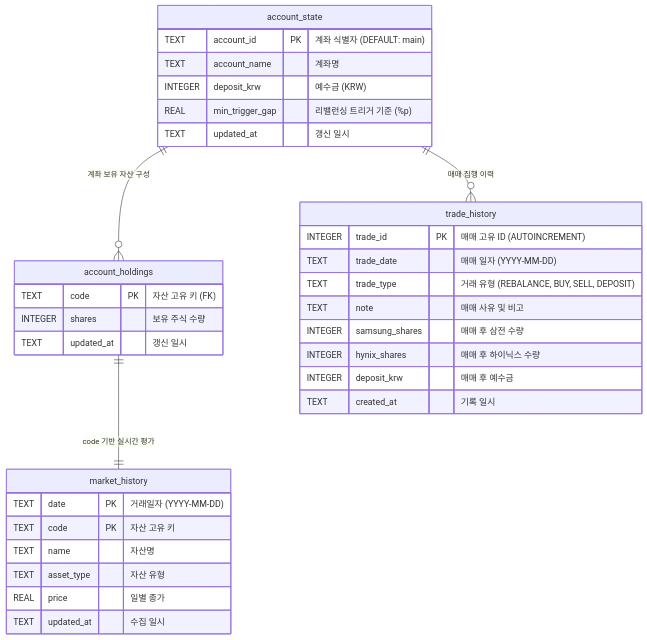
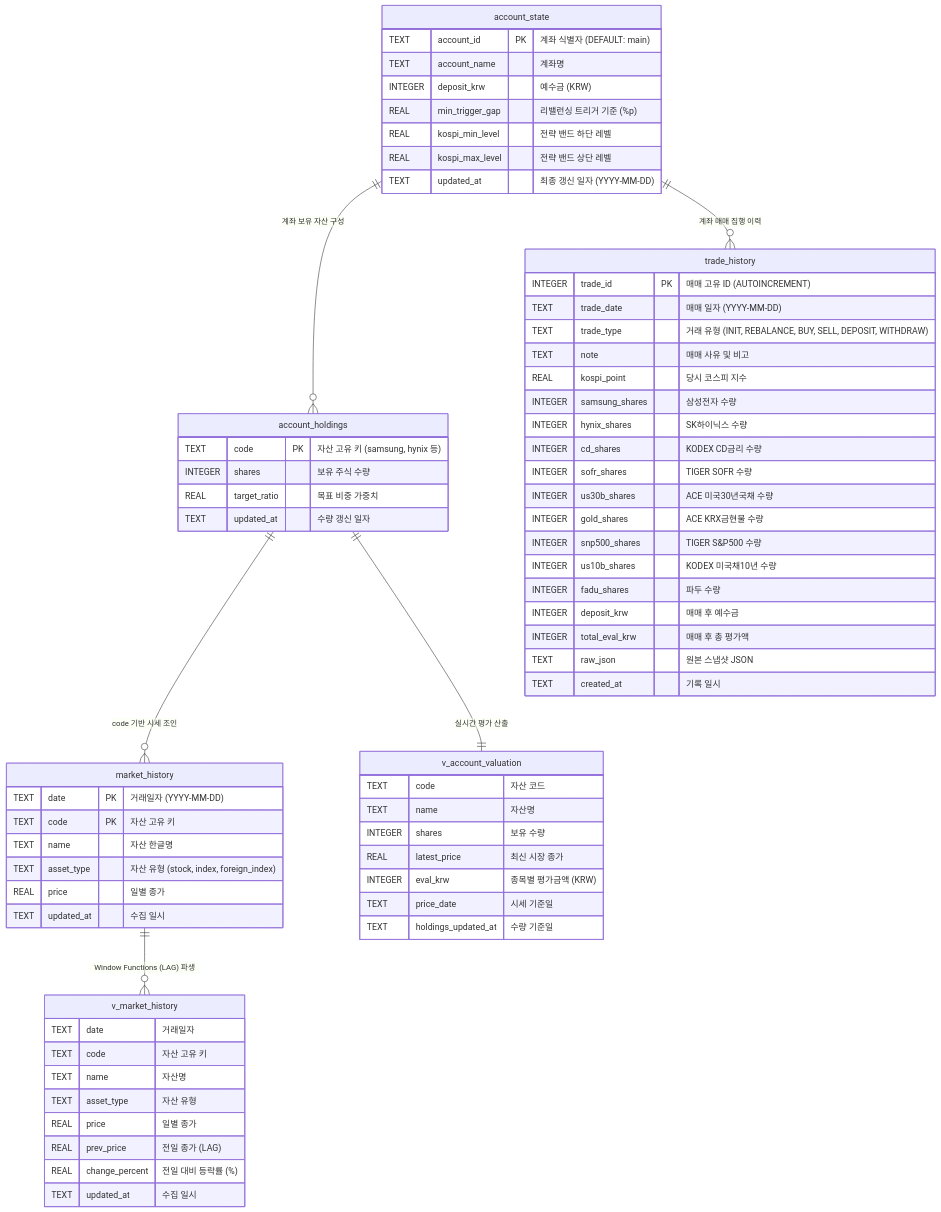
The diagram in DB_SCHEMA.md (insford/my-stock), drawn with Mermaid before and after one commit. The commit also changed other lines of this file and 13 other files, not shown here.

````diff
--- a/DB_SCHEMA.md
+++ b/DB_SCHEMA.md
@@ -191,40 +25,76 @@
 ```mermaid
 erDiagram
     account_state {
         TEXT account_id PK "계좌 식별자 (DEFAULT: main)"
         TEXT account_name "계좌명"
         INTEGER deposit_krw "예수금 (KRW)"
         REAL min_trigger_gap "리밸런싱 트리거 기준 (%p)"
-        TEXT updated_at "갱신 일시"
+        REAL kospi_min_level "전략 밴드 하단 레벨"
+        REAL kospi_max_level "전략 밴드 상단 레벨"
+        TEXT updated_at "최종 갱신 일자 (YYYY-MM-DD)"
     }
 
     account_holdings {
-        TEXT code PK "자산 고유 키 (FK)"
+        TEXT code PK "자산 고유 키 (samsung, hynix 등)"
         INTEGER shares "보유 주식 수량"
-        TEXT updated_at "갱신 일시"
+        REAL target_ratio "목표 비중 가중치"
+        TEXT updated_at "수량 갱신 일자"
     }
 
     trade_history {
         INTEGER trade_id PK "매매 고유 ID (AUTOINCREMENT)"
         TEXT trade_date "매매 일자 (YYYY-MM-DD)"
-        TEXT trade_type "거래 유형 (REBALANCE, BUY, SELL, DEPOSIT)"
+        TEXT trade_type "거래 유형 (INIT, REBALANCE, BUY, SELL, DEPOSIT, WITHDRAW)"
         TEXT note "매매 사유 및 비고"
-        INTEGER samsung_shares "매매 후 삼전 수량"
-        INTEGER hynix_shares "매매 후 하이닉스 수량"
+        REAL kospi_point "당시 코스피 지수"
+        INTEGER samsung_shares "삼성전자 수량"
+        INTEGER hynix_shares "SK하이닉스 수량"
+        INTEGER cd_shares "KODEX CD금리 수량"
+        INTEGER sofr_shares "TIGER SOFR 수량"
+        INTEGER us30b_shares "ACE 미국30년국채 수량"
+        INTEGER gold_shares "ACE KRX금현물 수량"
+        INTEGER snp500_shares "TIGER S&P500 수량"
+        INTEGER us10b_shares "KODEX 미국채10년 수량"
+        INTEGER fadu_shares "파두 수량"
         INTEGER deposit_krw "매매 후 예수금"
+        INTEGER total_eval_krw "매매 후 총 평가액"
+        TEXT raw_json "원본 스냅샷 JSON"
         TEXT created_at "기록 일시"
     }
 
     market_history {
         TEXT date PK "거래일자 (YYYY-MM-DD)"
         TEXT code PK "자산 고유 키"
-        TEXT name "자산명"
-        TEXT asset_type "자산 유형"
+        TEXT name "자산 한글명"
+        TEXT asset_type "자산 유형 (stock, index, foreign_index)"
         REAL price "일별 종가"
         TEXT updated_at "수집 일시"
     }
 
-    account_holdings ||--|| market_history : "code 기반 실시간 평가"
+    v_market_history {
+        TEXT date "거래일자"
+        TEXT code "자산 고유 키"
+        TEXT name "자산명"
+        TEXT asset_type "자산 유형"
+        REAL price "일별 종가"
+        REAL prev_price "전일 종가 (LAG)"
+        REAL change_percent "전일 대비 등락률 (%)"
+        TEXT updated_at "수집 일시"
+    }
+
+    v_account_valuation {
+        TEXT code "자산 코드"
+        TEXT name "자산명"
+        INTEGER shares "보유 수량"
+        REAL latest_price "최신 시장 종가"
+        INTEGER eval_krw "종목별 평가금액 (KRW)"
+        TEXT price_date "시세 기준일"
+        TEXT holdings_updated_at "수량 기준일"
+    }
+
+    account_holdings ||--o{ market_history : "code 기반 시세 조인"
+    account_holdings ||--|| v_account_valuation : "실시간 평가 산출"
     account_state ||--o{ account_holdings : "계좌 보유 자산 구성"
-    account_state ||--o{ trade_history : "매매 집행 이력"
+    account_state ||--o{ trade_history : "계좌 매매 집행 이력"
+    market_history ||--o{ v_market_history : "Window Functions (LAG) 파생"
 ```
````
